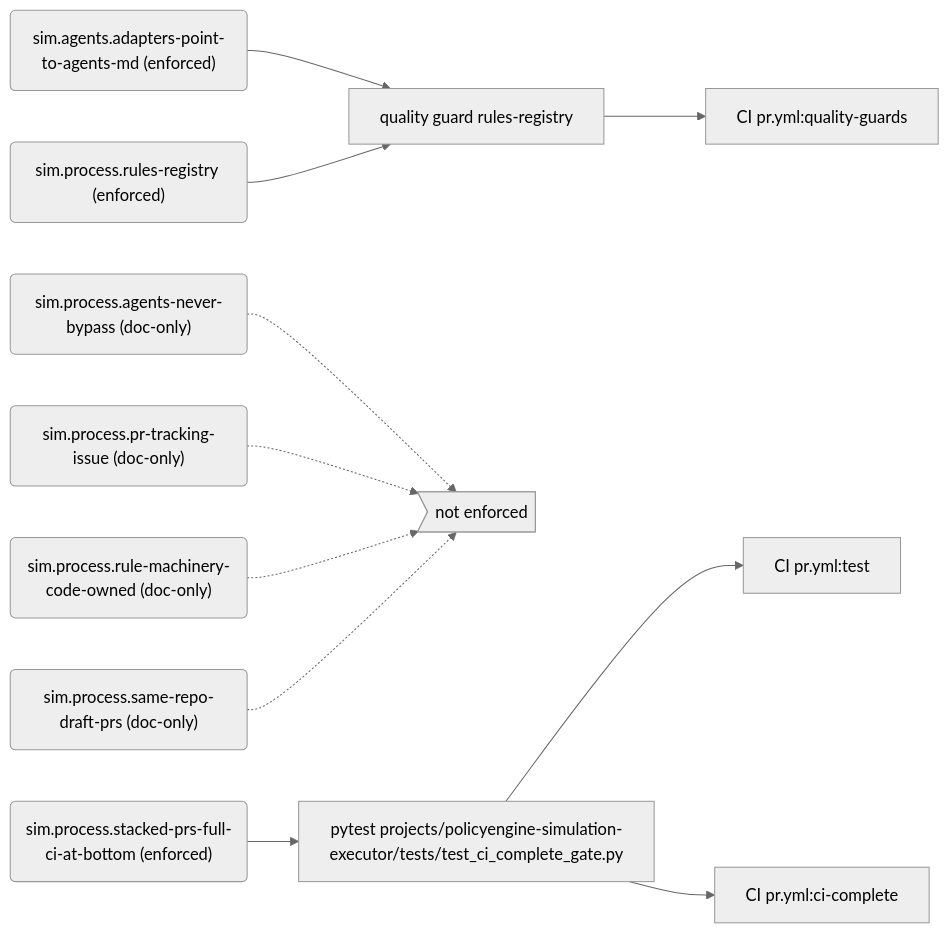
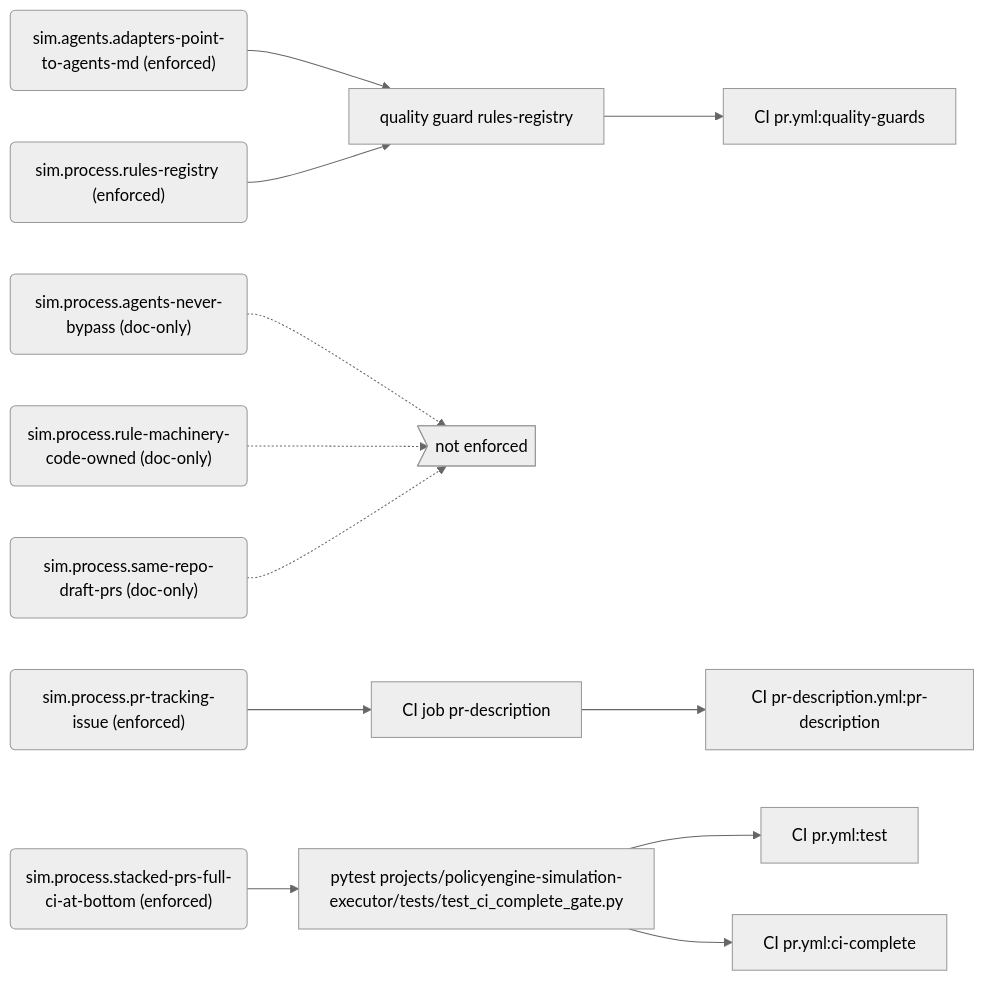
Before and after one commit to PolicyEngine/policyengine-sim-api: the tenth of 10 diagrams in docs/generated/rules.md, drawn with Mermaid (neutral theme). The commit also changed other lines of this file and 6 other files, not shown here.

First line of the commit message:
Enforce sim.process.pr-tracking-issue with the PR description job

````diff
--- a/docs/generated/rules.md
+++ b/docs/generated/rules.md
@@ -439,26 +438,29 @@
 ```mermaid
 flowchart LR
   r_sim_agents_adapters_point_to_agents_md("sim.agents.adapters-point-to-agents-md (enforced)")
   e_quality_guard_rules_registry["quality guard rules-registry"]
   j_CI_pr_yml_quality_guards["CI pr.yml:quality-guards"]
   r_sim_process_agents_never_bypass("sim.process.agents-never-bypass (doc-only)")
   gap_unenforced>"not enforced"]
-  r_sim_process_pr_tracking_issue("sim.process.pr-tracking-issue (doc-only)")
+  r_sim_process_pr_tracking_issue("sim.process.pr-tracking-issue (enforced)")
+  e_CI_job_pr_description["CI job pr-description"]
+  j_CI_pr_description_yml_pr_description["CI pr-description.yml:pr-description"]
   r_sim_process_rule_machinery_code_owned("sim.process.rule-machinery-code-owned (doc-only)")
   r_sim_process_rules_registry("sim.process.rules-registry (enforced)")
   r_sim_process_same_repo_draft_prs("sim.process.same-repo-draft-prs (doc-only)")
   r_sim_process_stacked_prs_full_ci_at_bottom("sim.process.stacked-prs-full-ci-at-bottom (enforced)")
   e_pytest_projects_policyengine_simulation_executor_tests_test_ci_complete_gate_py["pytest projects/policyengine-simulation-executor/tests/test_ci_complete_gate.py"]
   j_CI_pr_yml_test["CI pr.yml:test"]
   j_CI_pr_yml_ci_complete["CI pr.yml:ci-complete"]
   r_sim_agents_adapters_point_to_agents_md --> e_quality_guard_rules_registry
   e_quality_guard_rules_registry --> j_CI_pr_yml_quality_guards
   r_sim_process_agents_never_bypass -.-> gap_unenforced
-  r_sim_process_pr_tracking_issue -.-> gap_unenforced
+  r_sim_process_pr_tracking_issue --> e_CI_job_pr_description
+  e_CI_job_pr_description --> j_CI_pr_description_yml_pr_description
   r_sim_process_rule_machinery_code_owned -.-> gap_unenforced
   r_sim_process_rules_registry --> e_quality_guard_rules_registry
   r_sim_process_same_repo_draft_prs -.-> gap_unenforced
   r_sim_process_stacked_prs_full_ci_at_bottom --> e_pytest_projects_policyengine_simulation_executor_tests_test_ci_complete_gate_py
   e_pytest_projects_policyengine_simulation_executor_tests_test_ci_complete_gate_py --> j_CI_pr_yml_test
   e_pytest_projects_policyengine_simulation_executor_tests_test_ci_complete_gate_py --> j_CI_pr_yml_ci_complete
 ```
````
